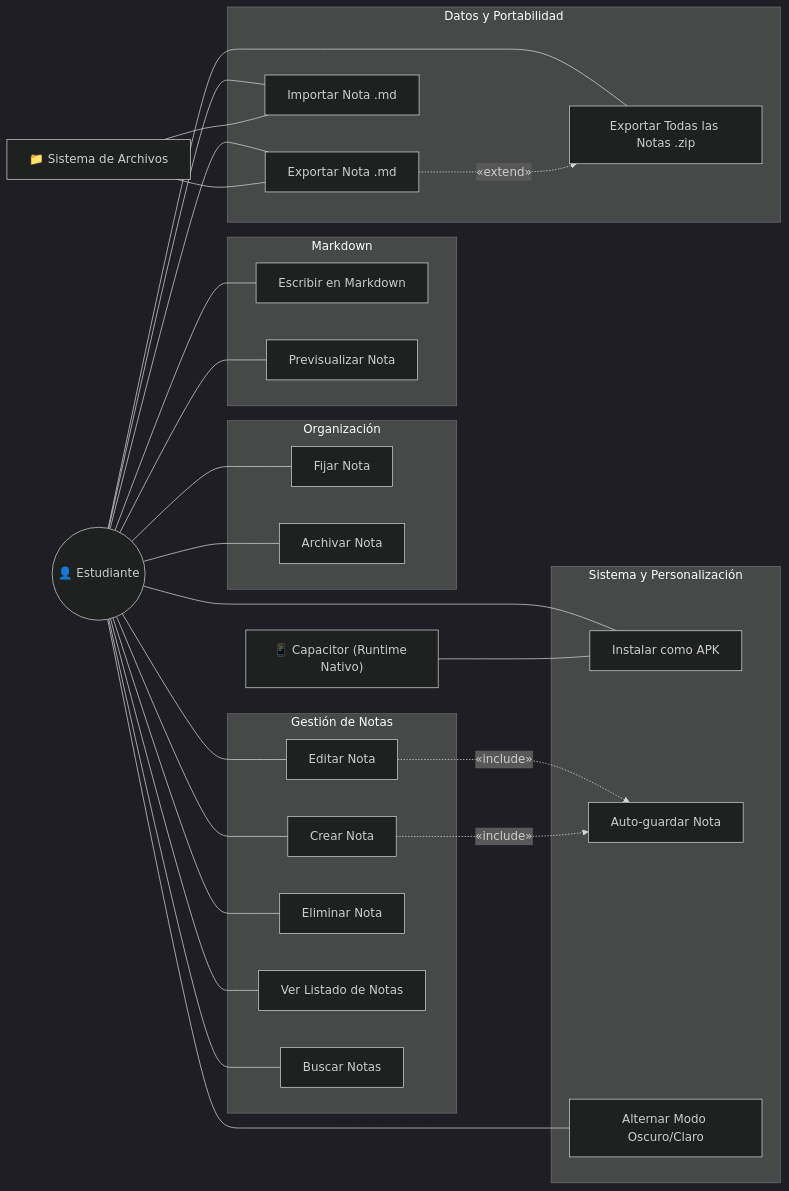
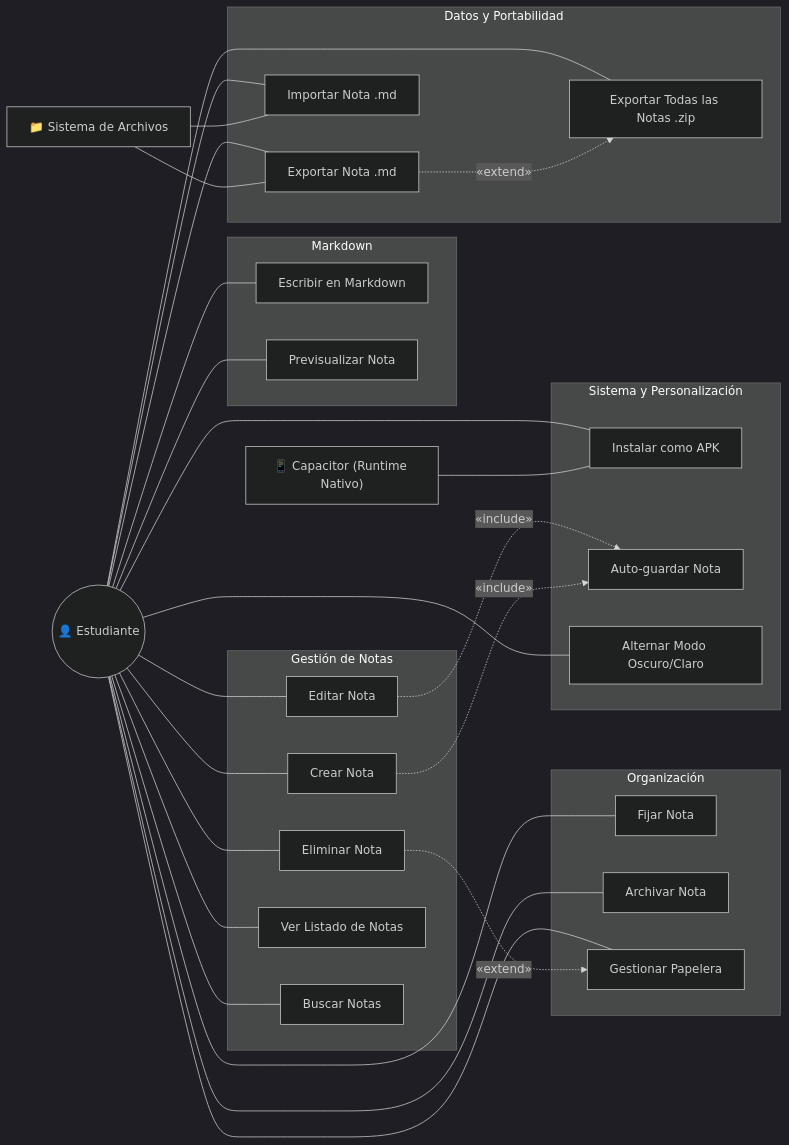
One commit to jdfesa/lumapse changed the diagram in docs/diagramas/casos-de-uso.md. Above: the diagram before and after it, drawn with Mermaid (dark theme). The commit also changed other lines of this file, not shown here.

Commit message:
docs(casos-de-uso): agregar caso de uso UC-16 para gestionar papelera

````diff
--- a/docs/diagramas/casos-de-uso.md
+++ b/docs/diagramas/casos-de-uso.md
@@ -19,70 +19,73 @@
 ```mermaid
 flowchart LR
     %% ── Actores ──
     EST(("👤 Estudiante"))
     CAP["📱 Capacitor (Runtime Nativo)"]
     FS["📁 Sistema de Archivos"]
 
     %% ── Casos de Uso: Gestión de Notas ──
     subgraph NOTAS ["Gestión de Notas"]
         UC01["Crear Nota"]
         UC02["Editar Nota"]
         UC03["Eliminar Nota"]
         UC04["Ver Listado de Notas"]
         UC05["Buscar Notas"]
     end
 
     %% ── Casos de Uso: Organización ──
     subgraph ORG ["Organización"]
         UC06["Fijar Nota"]
         UC07["Archivar Nota"]
+        UC16["Gestionar Papelera"]
     end
 
     %% ── Casos de Uso: Markdown ──
     subgraph MD ["Markdown"]
         UC08["Escribir en Markdown"]
         UC09["Previsualizar Nota"]
     end
 
     %% ── Casos de Uso: Datos ──
     subgraph DATOS ["Datos y Portabilidad"]
         UC10["Exportar Nota .md"]
         UC11["Importar Nota .md"]
         UC12["Exportar Todas las Notas .zip"]
     end
 
     %% ── Casos de Uso: Sistema ──
     subgraph SIS ["Sistema y Personalización"]
         UC13["Instalar como APK"]
         UC14["Auto-guardar Nota"]
         UC15["Alternar Modo Oscuro/Claro"]
     end
 
     %% ── Relaciones: Estudiante ──
     EST --- UC01
     EST --- UC02
     EST --- UC03
     EST --- UC04
     EST --- UC05
     EST --- UC06
     EST --- UC07
     EST --- UC08
     EST --- UC09
     EST --- UC10
     EST --- UC11
     EST --- UC12
     EST --- UC13
     EST --- UC15
+    EST --- UC16
 
     %% ── Relaciones: include ──
     UC02 -.->|"«include»"| UC14
     UC01 -.->|"«include»"| UC14
 
     %% ── Relaciones: extend ──
     UC10 -.->|"«extend»"| UC12
+    UC03 -.->|"«extend»"| UC16
 
     %% ── Relaciones: Sistema ──
     CAP --- UC13
     FS --- UC10
     FS --- UC11
 ```
````
